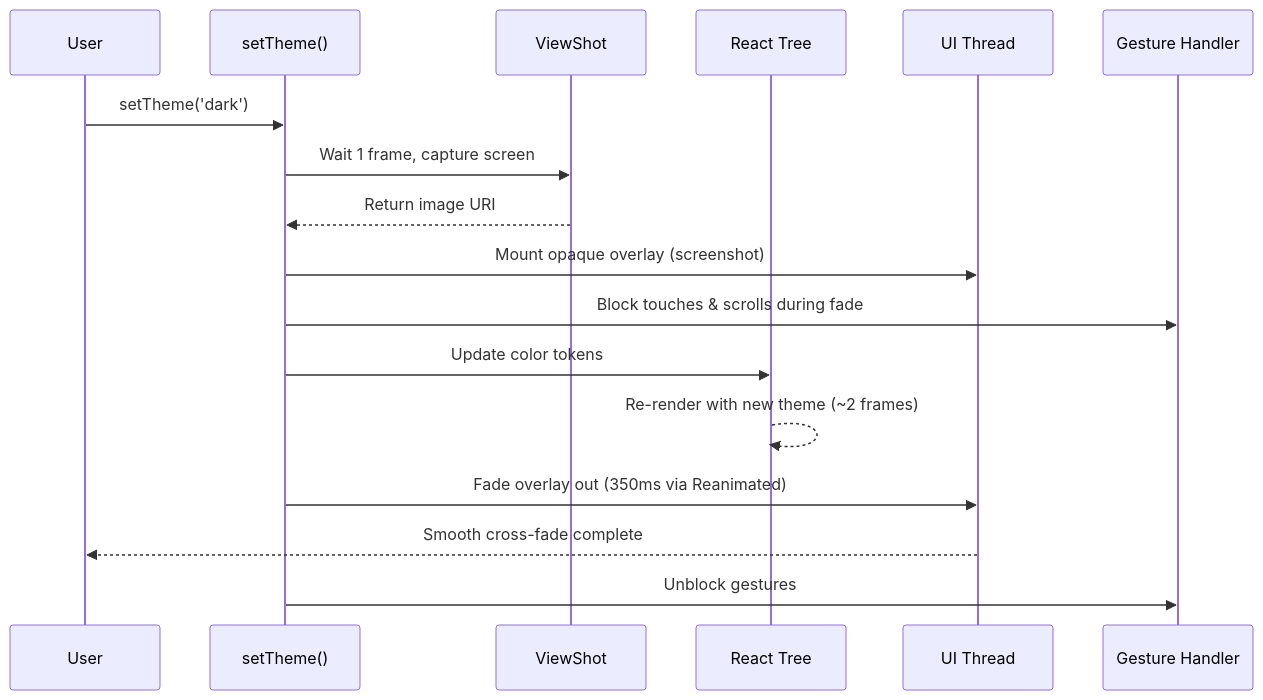
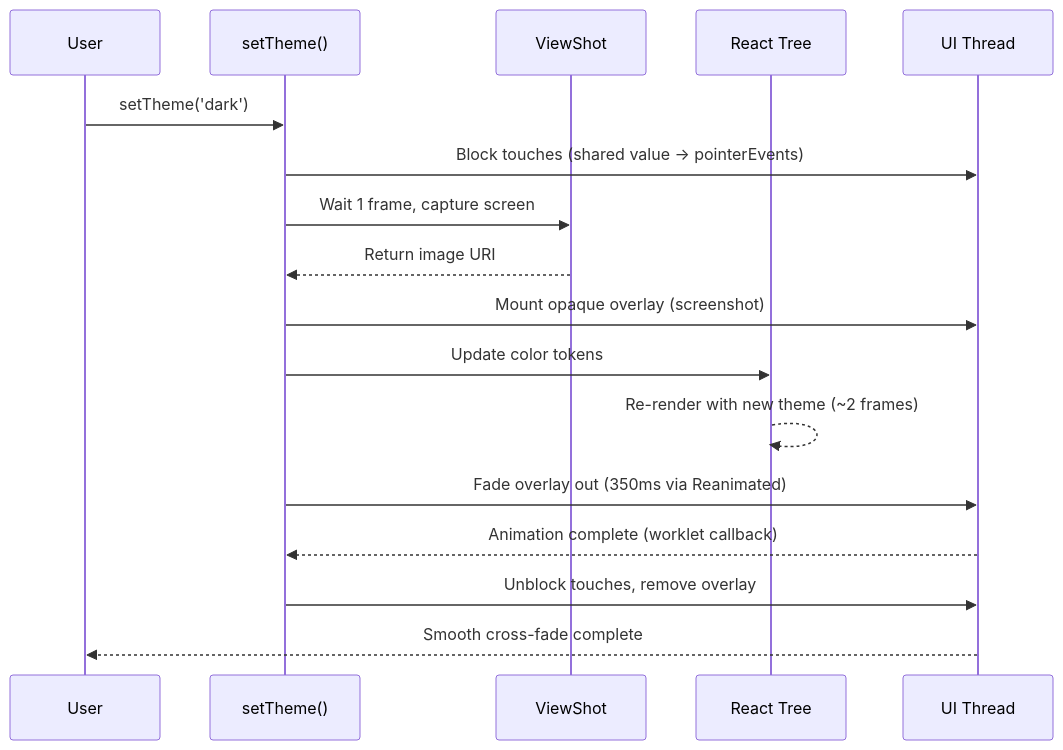
The diagram in README.md (marioprieta/react-native-theme-transition), drawn with Mermaid before and after one commit. The commit also changed other lines of this file and 8 other files, not shown here.

````diff
--- a/README.md
+++ b/README.md
@@ -336,21 +360,20 @@
 ```mermaid
 sequenceDiagram
     participant User
     participant Hook as setTheme()
     participant Shot as ViewShot
     participant React as React Tree
     participant UI as UI Thread
 
-    participant GH as Gesture Handler
-
     User->>Hook: setTheme('dark')
+    Hook->>UI: Block touches (shared value → pointerEvents)
     Hook->>Shot: Wait 1 frame, capture screen
     Shot-->>Hook: Return image URI
     Hook->>UI: Mount opaque overlay (screenshot)
-    Hook->>GH: Block touches & scrolls during fade
     Hook->>React: Update color tokens
     React-->>React: Re-render with new theme (~2 frames)
     Hook->>UI: Fade overlay out (350ms via Reanimated)
+    UI-->>Hook: Animation complete (worklet callback)
+    Hook->>UI: Unblock touches, remove overlay
     UI-->>User: Smooth cross-fade complete
-    Hook->>GH: Unblock gestures
 ```
````
